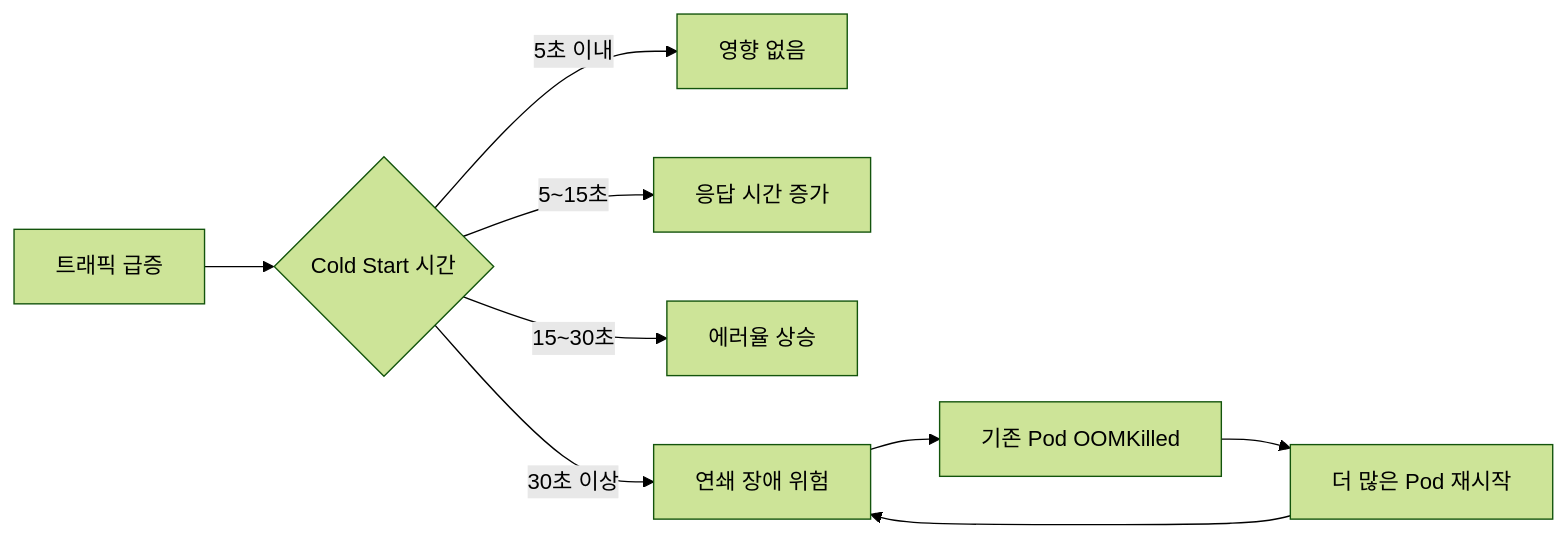
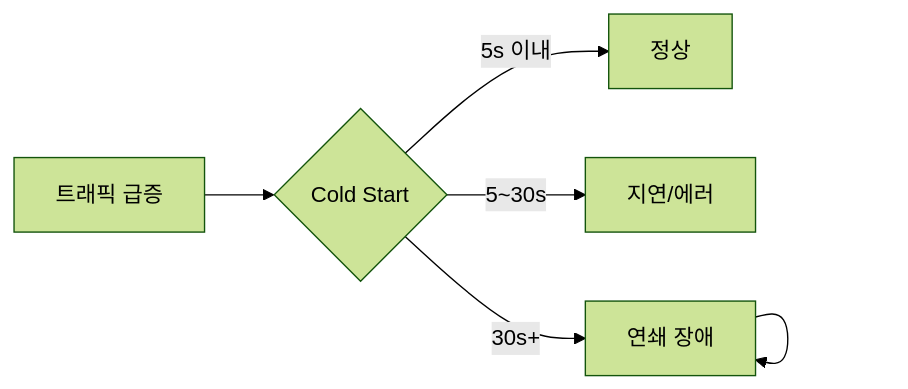
The second of 5 diagrams in _posts/cloud/2026-05-02-kubernetes-cold-start.md (yjkim2015/yjkim2015.github.io), drawn with Mermaid (forest theme) before and after one commit. The commit also changed other lines of this file and 163 other files, not shown here.

First line of the commit message:
Mermaid 300개 블록 내용 축소: 5노드 5엣지 이하, 의미 있는 약어

````diff
--- a/_posts/cloud/2026-05-02-kubernetes-cold-start.md
+++ b/_posts/cloud/2026-05-02-kubernetes-cold-start.md
@@ -113,11 +109,8 @@
 ```mermaid
 graph LR
-    Spike["트래픽 급증"] --> B{"Cold Start 시간"}
-    B -->|"5초 이내"| OK["영향 없음"]
-    B -->|"5~15초"| Slow["응답 시간 증가"]
-    B -->|"15~30초"| Error["에러율 상승"]
-    B -->|"30초 이상"| Cascade["연쇄 장애 위험"]
-    Cascade --> OOM["기존 Pod OOMKilled"]
-    OOM --> More["더 많은 Pod 재시작"]
-    More --> Cascade
+    Spike["트래픽 급증"] --> B{"Cold Start"}
+    B -->|"5s 이내"| OK["정상"]
+    B -->|"5~30s"| Slow["지연/에러"]
+    B -->|"30s+"| Cascade["연쇄 장애"]
+    Cascade --> Cascade
 ```
````
